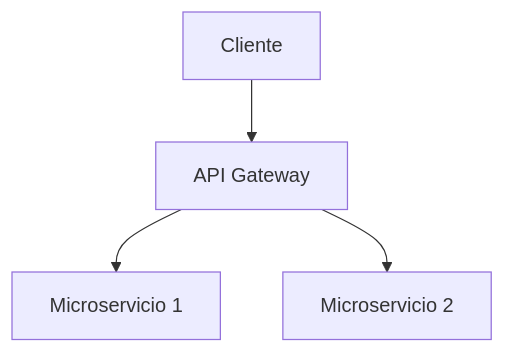
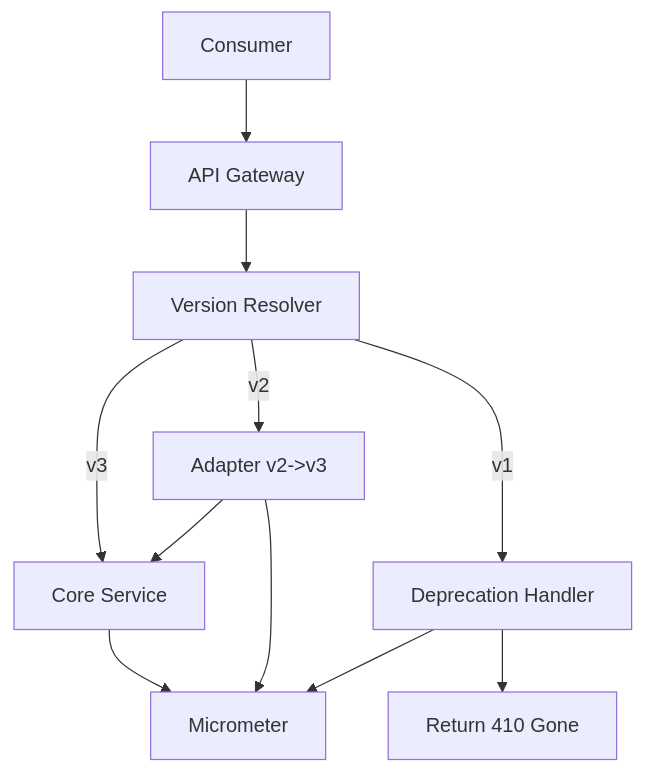
One commit to Joaquinriosheredia/DAM-Java-Mastery changed the fourth of 4 diagrams in _Review/api_versioning_y_backward_compatibility_en_microservicios/api_versioning_y_backward_compatibility_en_microservicios.md. Above: the diagram before and after it, drawn with Mermaid. The commit also changed other lines of this file, not shown here.

Commit message:
API Versioning y Backward Compatibility en Microservicios

````diff
--- a/_Review/api_versioning_y_backward_compatibility_en_microservicios/api_versioning_y_backward_compatibility_en_microservicios.md
+++ b/_Review/api_versioning_y_backward_compatibility_en_microservicios/api_versioning_y_backward_compatibility_en_microservicios.md
@@ -827,6 +356,13 @@
 ```mermaid
 graph TD
-    A[Cliente] --> B[API Gateway]
-    B --> C[Microservicio 1]
-    B --> D[Microservicio 2]
+    CON[Consumer] --> GW[API Gateway]
+    GW --> RES[Version Resolver]
+    RES -->|v3| CORE[Core Service]
+    RES -->|v2| ADP[Adapter v2->v3]
+    ADP --> CORE
+    RES -->|v1| DEP[Deprecation Handler]
+    DEP --> 410[Return 410 Gone]
+    CORE --> MET[Micrometer]
+    ADP --> MET
+    DEP --> MET
 ```
````
